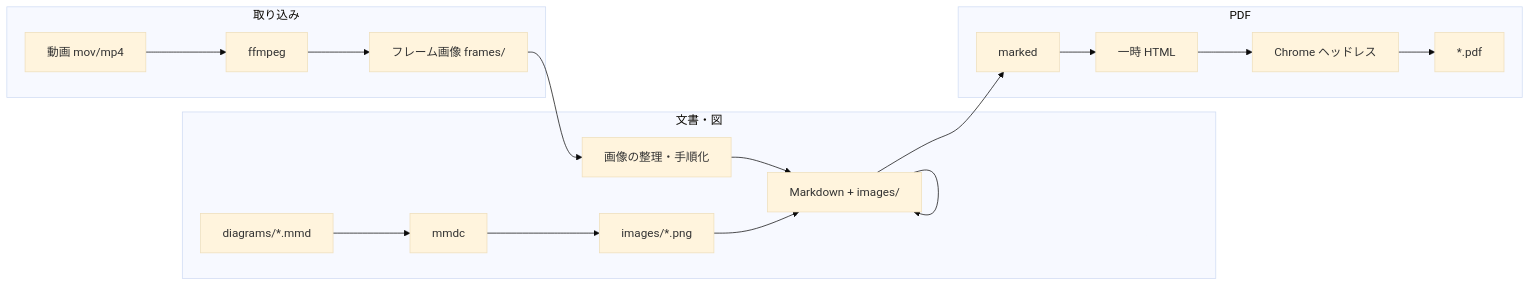
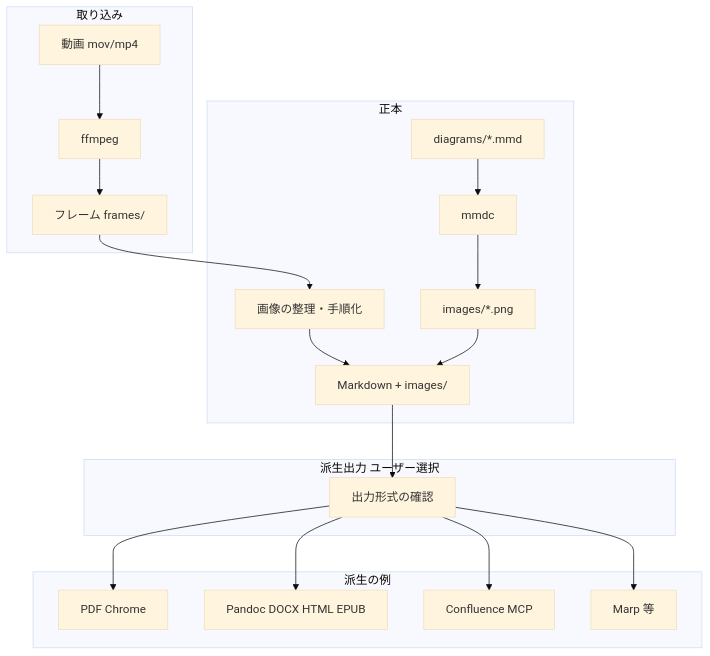
Before and after one commit to rossoandoy/mov-to-pdf: the diagram in README.md, drawn with Mermaid (base theme). The commit also changed other lines of this file and 2 other files, not shown here.

````diff
--- a/README.md
+++ b/README.md
@@ -60,23 +63,25 @@
 ```mermaid
-flowchart LR
+flowchart TB
   subgraph ingest["取り込み"]
     V[動画 mov/mp4]
     F[ffmpeg]
-    J[フレーム画像 frames/]
+    J[フレーム frames/]
     V --> F --> J
   end
-  subgraph content["文書・図"]
+  subgraph content["正本"]
     J --> B[画像の整理・手順化]
     B --> MD[Markdown + images/]
     MMD[diagrams/*.mmd] --> mmdc[mmdc]
     mmdc --> PNG[images/*.png]
-    MD --> MD
     PNG --> MD
   end
-  subgraph pdfout["PDF"]
-    MD --> marked[marked]
-    marked --> HTML[一時 HTML]
-    HTML --> chrome[Chrome ヘッドレス]
-    chrome --> PDF[*.pdf]
+  subgraph choice["派生出力 ユーザー選択"]
+    MD --> ask[出力形式の確認]
+  end
+  subgraph derivatives["派生の例"]
+    ask --> pdf[PDF Chrome]
+    ask --> pandoc[Pandoc DOCX HTML EPUB]
+    ask --> wiki[Confluence MCP]
+    ask --> marp[Marp 等]
   end
 ```
````
